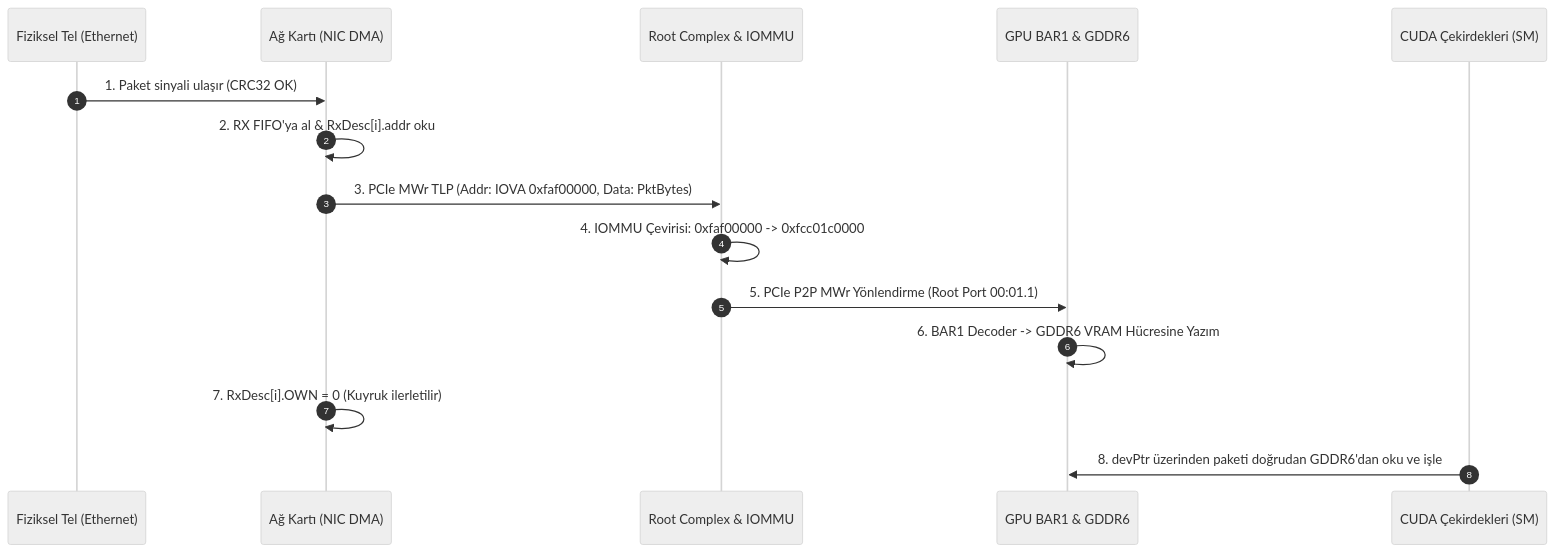
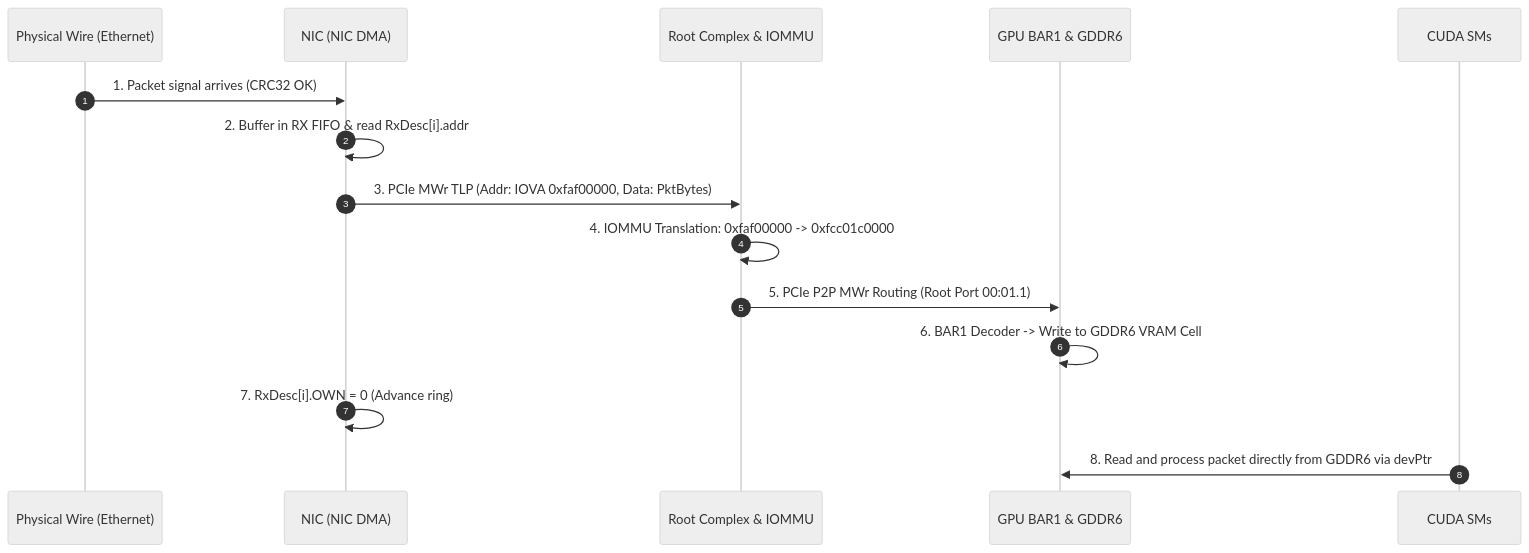
One commit to Mehmet8-Dev/Samurai changed the first of 2 diagrams in docs/45-commodity-gpu-nic-p2p-packet-engine-report.md. Above: the diagram before and after it, drawn with Mermaid (neutral theme). The commit also changed other lines of this file and 62 other files, not shown here.

````diff
--- a/docs/45-commodity-gpu-nic-p2p-packet-engine-report.md
+++ b/docs/45-commodity-gpu-nic-p2p-packet-engine-report.md
@@ -191,18 +190,18 @@
 ```mermaid
 sequenceDiagram
     autonumber
-    participant Wire as Fiziksel Tel (Ethernet)
-    participant NIC as Ağ Kartı (NIC DMA)
+    participant Wire as Physical Wire (Ethernet)
+    participant NIC as NIC (NIC DMA)
     participant RC as Root Complex & IOMMU
     participant GPU as GPU BAR1 & GDDR6
-    participant SM as CUDA Çekirdekleri (SM)
+    participant SM as CUDA SMs
 
-    Wire->>NIC: 1. Paket sinyali ulaşır (CRC32 OK)
-    NIC->>NIC: 2. RX FIFO'ya al & RxDesc[i].addr oku
+    Wire->>NIC: 1. Packet signal arrives (CRC32 OK)
+    NIC->>NIC: 2. Buffer in RX FIFO & read RxDesc[i].addr
     NIC->>RC: 3. PCIe MWr TLP (Addr: IOVA 0xfaf00000, Data: PktBytes)
-    RC->>RC: 4. IOMMU Çevirisi: 0xfaf00000 -> 0xfcc01c0000
-    RC->>GPU: 5. PCIe P2P MWr Yönlendirme (Root Port 00:01.1)
-    GPU->>GPU: 6. BAR1 Decoder -> GDDR6 VRAM Hücresine Yazım
-    NIC->>NIC: 7. RxDesc[i].OWN = 0 (Kuyruk ilerletilir)
-    SM->>GPU: 8. devPtr üzerinden paketi doğrudan GDDR6'dan oku ve işle
+    RC->>RC: 4. IOMMU Translation: 0xfaf00000 -> 0xfcc01c0000
+    RC->>GPU: 5. PCIe P2P MWr Routing (Root Port 00:01.1)
+    GPU->>GPU: 6. BAR1 Decoder -> Write to GDDR6 VRAM Cell
+    NIC->>NIC: 7. RxDesc[i].OWN = 0 (Advance ring)
+    SM->>GPU: 8. Read and process packet directly from GDDR6 via devPtr
 ```
````
